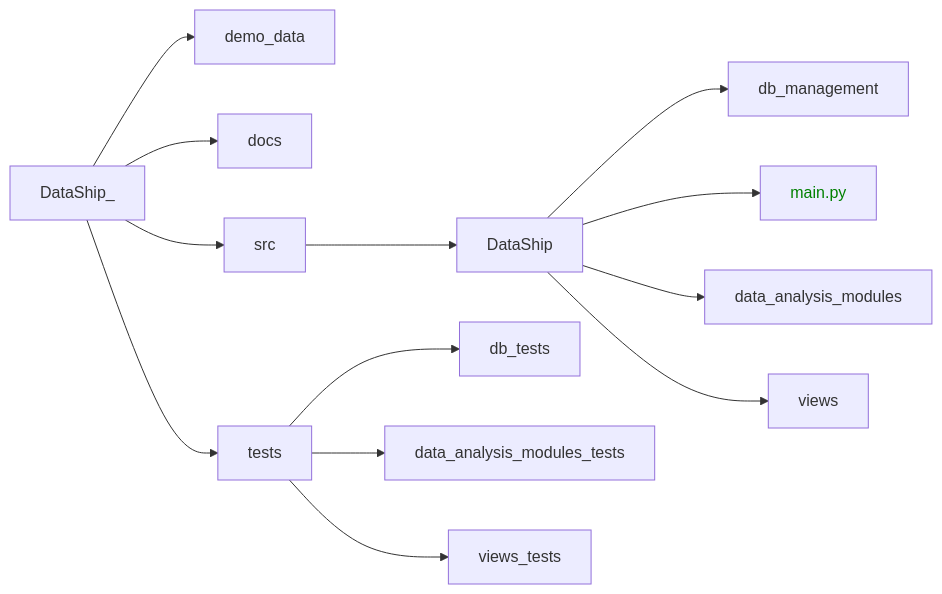
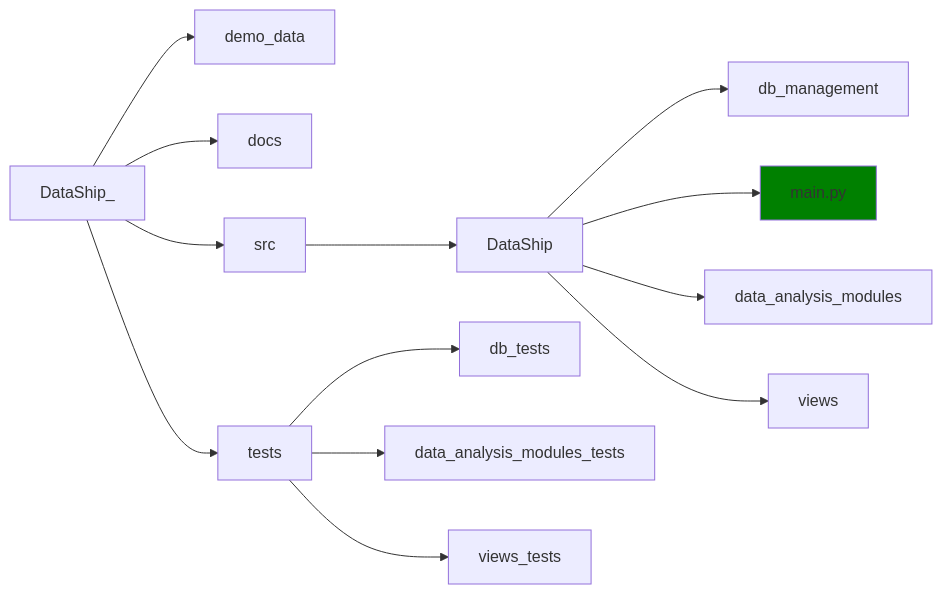
The second of 2 diagrams in README.md (AgustinZavalaA/DataShip), drawn with Mermaid before and after one commit. The commit also changed other lines of this file, not shown here.

Commit message:
agregado de data flow diagram

````diff
--- a/README.md
+++ b/README.md
@@ -10,20 +80,20 @@
 ```mermaid
 graph LR;
 DataShip_ --> demo_data
 
 DataShip_ --> docs
 
 DataShip_ --> src
 src --> DataShip
 DataShip --> db_management
 DataShip --> main.py
 DataShip --> data_analysis_modules
 DataShip --> views
 
 DataShip_ --> tests
 tests --> db_tests
 tests --> data_analysis_modules_tests
 tests --> views_tests
 
-style main.py color:green;
+style main.py fill:green;
 ```
````
